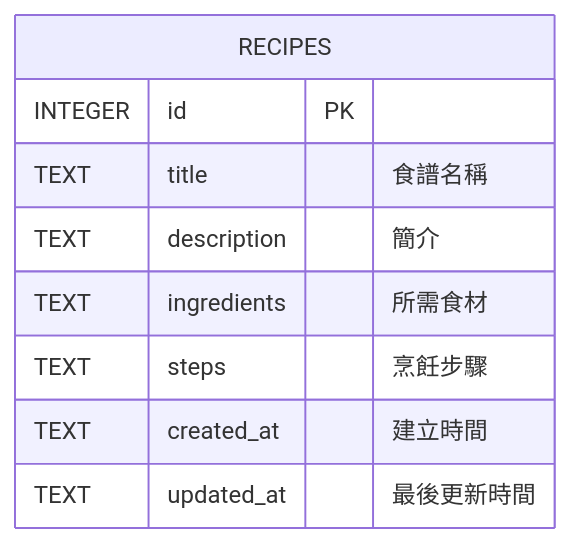
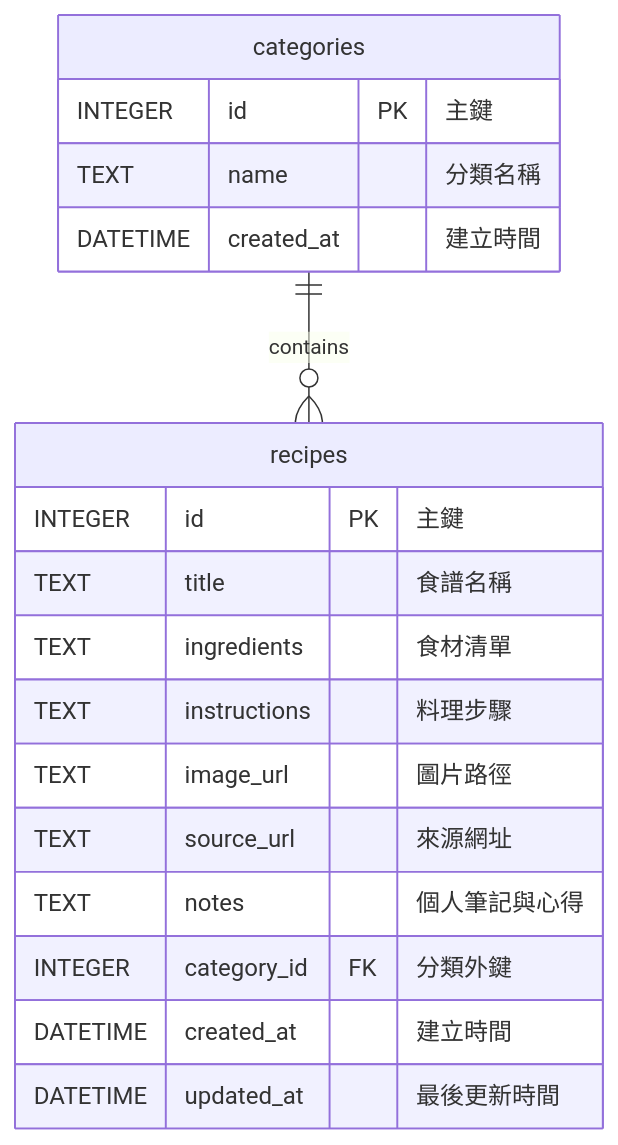
One commit to d1463468/web_app_development changed the diagram in docs/DB_DESIGN.md. Above: the diagram before and after it, drawn with Mermaid. The commit also changed other lines of this file and 5 other files, not shown here.

Commit message:
feat: add database schema and models

````diff
--- a/docs/DB_DESIGN.md
+++ b/docs/DB_DESIGN.md
@@ -5,12 +9,21 @@
 ```mermaid
 erDiagram
-  RECIPES {
-    INTEGER id PK
-    TEXT title "食譜名稱"
-    TEXT description "簡介"
-    TEXT ingredients "所需食材"
-    TEXT steps "烹飪步驟"
-    TEXT created_at "建立時間"
-    TEXT updated_at "最後更新時間"
-  }
+    categories ||--o{ recipes : contains
+    categories {
+        INTEGER id PK "主鍵"
+        TEXT name "分類名稱"
+        DATETIME created_at "建立時間"
+    }
+    recipes {
+        INTEGER id PK "主鍵"
+        TEXT title "食譜名稱"
+        TEXT ingredients "食材清單"
+        TEXT instructions "料理步驟"
+        TEXT image_url "圖片路徑"
+        TEXT source_url "來源網址"
+        TEXT notes "個人筆記與心得"
+        INTEGER category_id FK "分類外鍵"
+        DATETIME created_at "建立時間"
+        DATETIME updated_at "最後更新時間"
+    }
 ```
````
